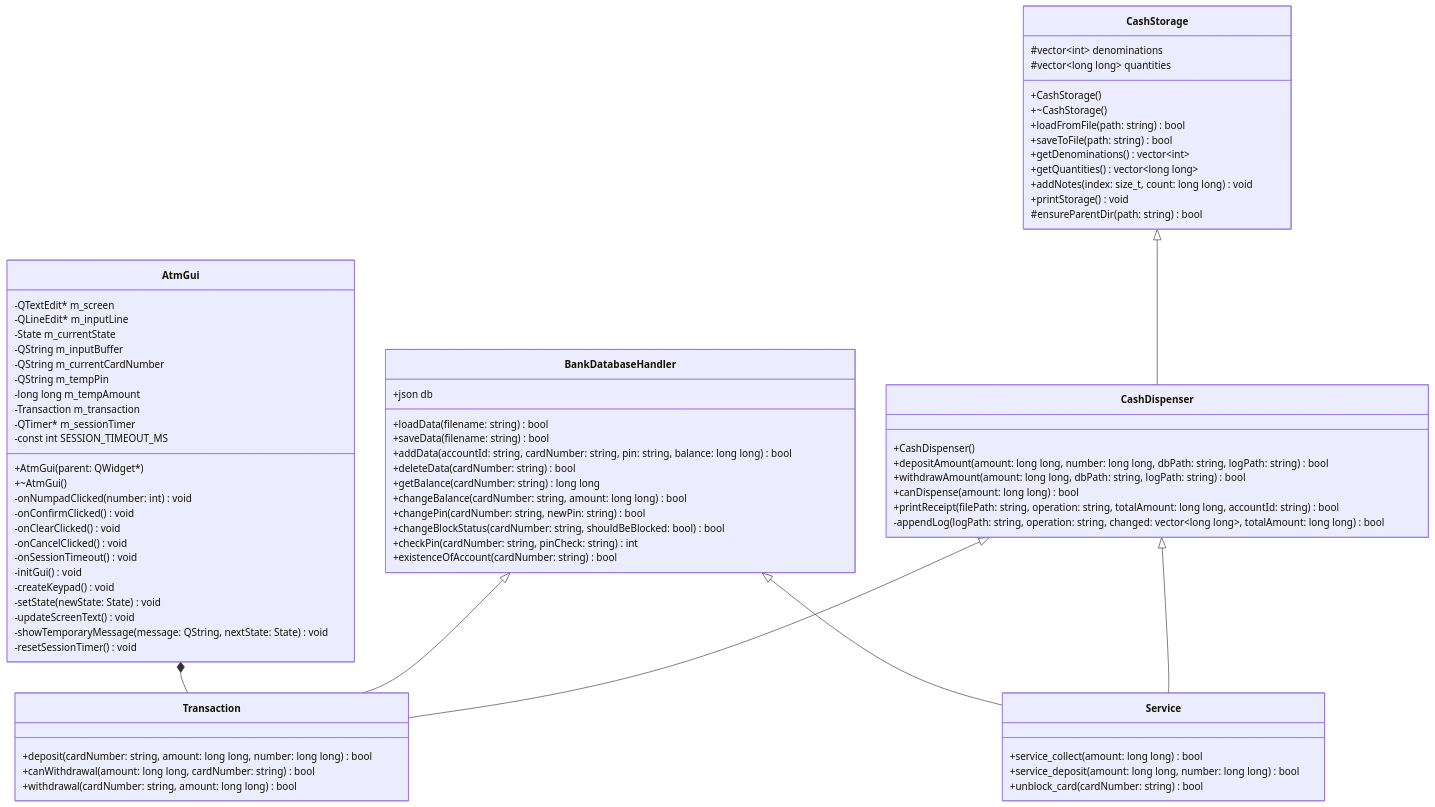
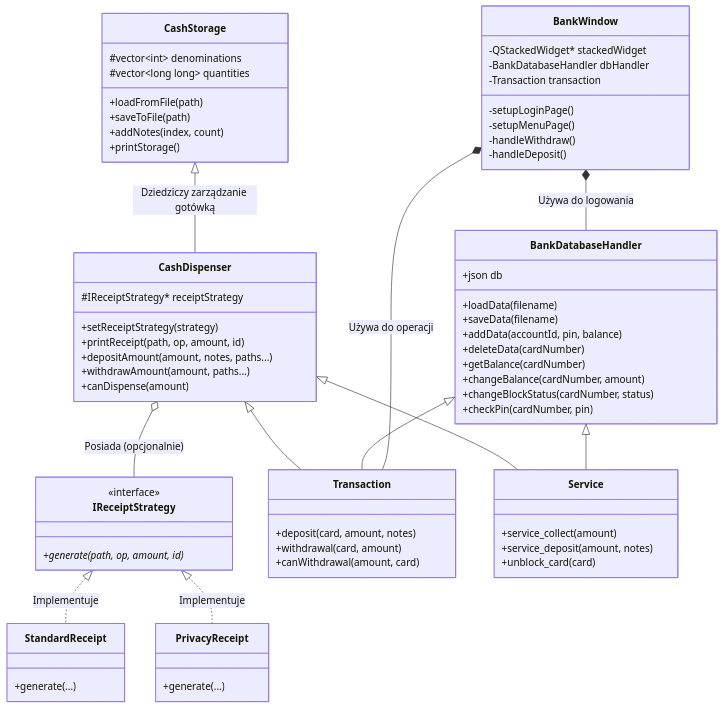
Before and after one commit to SleepyFirebird1/PUT: the diagram in ATM_Project/UML_Diagram.md, drawn with Mermaid. The commit also changed 1 other file, not shown here.

Commit message:
Updated UML graph

````diff
--- a/ATM_Project/UML_Diagram.md
+++ b/ATM_Project/UML_Diagram.md
@@ -3,84 +3,93 @@
 ```mermaid
 classDiagram
+    %% --- WARSTWA DANYCH I SPRZĘTU ---
     class CashStorage {
         #vector~int~ denominations
         #vector~long long~ quantities
-        +CashStorage()
-        +~CashStorage()
-        +loadFromFile(path: string) bool
-        +saveToFile(path: string) bool
-        +getDenominations() vector~int~
-        +getQuantities() vector~long long~
-        +addNotes(index: size_t, count: long long) void
-        +printStorage() void
-        #ensureParentDir(path: string) bool
-    }
-
-    class CashDispenser {
-        +CashDispenser()
-        +depositAmount(amount: long long, number: long long, dbPath: string, logPath: string) bool
-        +withdrawAmount(amount: long long, dbPath: string, logPath: string) bool
-        +canDispense(amount: long long) bool
-        +printReceipt(filePath: string, operation: string, totalAmount: long long, accountId: string) bool
-        -appendLog(logPath: string, operation: string, changed: vector~long long~, totalAmount: long long) bool
+        +loadFromFile(path)
+        +saveToFile(path)
+        +addNotes(index, count)
+        +printStorage()
     }
 
     class BankDatabaseHandler {
         +json db
-        +loadData(filename: string) bool
-        +saveData(filename: string) bool
-        +addData(accountId: string, cardNumber: string, pin: string, balance: long long) bool
-        +deleteData(cardNumber: string) bool
-        +getBalance(cardNumber: string) long long
-        +changeBalance(cardNumber: string, amount: long long) bool
-        +changePin(cardNumber: string, newPin: string) bool
-        +changeBlockStatus(cardNumber: string, shouldBeBlocked: bool) bool
-        +checkPin(cardNumber: string, pinCheck: string) int
-        +existenceOfAccount(cardNumber: string) bool
+        +loadData(filename)
+        +saveData(filename)
+        +addData(accountId, pin, balance)
+        +deleteData(cardNumber)
+        +getBalance(cardNumber)
+        +changeBalance(cardNumber, amount)
+        +changeBlockStatus(cardNumber, status)
+        +checkPin(cardNumber, pin)
     }
 
+    %% --- WARSTWA LOGIKI BIZNESOWEJ (CASH MACHINE) ---
+    class CashDispenser {
+        #IReceiptStrategy* receiptStrategy
+        +setReceiptStrategy(strategy)
+        +printReceipt(path, op, amount, id)
+        +depositAmount(amount, notes, paths...)
+        +withdrawAmount(amount, paths...)
+        +canDispense(amount)
+    }
+
+    %% --- WZORZEC STRATEGIA (Nowość) ---
+    class IReceiptStrategy {
+        <<interface>>
+        +generate(path, op, amount, id)*
+    }
+
+    class StandardReceipt {
+        +generate(...)
+    }
+
+    class PrivacyReceipt {
+        +generate(...)
+    }
+
+    %% --- WARSTWA TRANSAKCYJNA I SERWISOWA ---
     class Transaction {
-        +deposit(cardNumber: string, amount: long long, number: long long) bool
-        +canWithdrawal(amount: long long, cardNumber: string) bool
-        +withdrawal(cardNumber: string, amount: long long) bool
+        +deposit(card, amount, notes)
+        +withdrawal(card, amount)
+        +canWithdrawal(amount, card)
     }
 
     class Service {
-        +service_collect(amount: long long) bool
-        +service_deposit(amount: long long, number: long long) bool
-        +unblock_card(cardNumber: string) bool
+        +service_collect(amount)
+        +service_deposit(amount, notes)
+        +unblock_card(card)
     }
 
-    class AtmGui {
-        -QTextEdit* m_screen
-        -QLineEdit* m_inputLine
-        -State m_currentState
-        -QString m_inputBuffer
-        -QString m_currentCardNumber
-        -QString m_tempPin
-        -long long m_tempAmount
-        -Transaction m_transaction
-        -QTimer* m_sessionTimer
-        -const int SESSION_TIMEOUT_MS
-        +AtmGui(parent: QWidget*)
-        +~AtmGui()
-        -onNumpadClicked(number: int) void
-        -onConfirmClicked() void
-        -onClearClicked() void
-        -onCancelClicked() void
-        -onSessionTimeout() void
-        -initGui() void
-        -createKeypad() void
-        -setState(newState: State) void
-        -updateScreenText() void
-        -showTemporaryMessage(message: QString, nextState: State) void
-        -resetSessionTimer() void
+    %% --- WARSTWA GUI ---
+    class BankWindow {
+        -QStackedWidget* stackedWidget
+        -BankDatabaseHandler dbHandler
+        -Transaction transaction
+        -setupLoginPage()
+        -setupMenuPage()
+        -handleWithdraw()
+        -handleDeposit()
     }
 
-    CashStorage <|-- CashDispenser
+    %% --- RELACJE ---
+    
+    %% Dziedziczenie (Inheritance)
+    CashStorage <|-- CashDispenser : Dziedziczy zarządzanie gotówką
+    IReceiptStrategy <|.. StandardReceipt : Implementuje
+    IReceiptStrategy <|.. PrivacyReceipt : Implementuje
+    
+    %% Wielodziedziczenie (Multiple Inheritance)
     CashDispenser <|-- Transaction
     BankDatabaseHandler <|-- Transaction
+    
     CashDispenser <|-- Service
     BankDatabaseHandler <|-- Service
-    AtmGui *-- Transaction
+
+    %% Agregacja (Aggregation) - Wzorzec Strategia
+    CashDispenser o-- IReceiptStrategy : Posiada (opcjonalnie)
+
+    %% Kompozycja (Composition) - GUI
+    BankWindow *-- Transaction : Używa do operacji
+    BankWindow *-- BankDatabaseHandler : Używa do logowania
 ```
````
